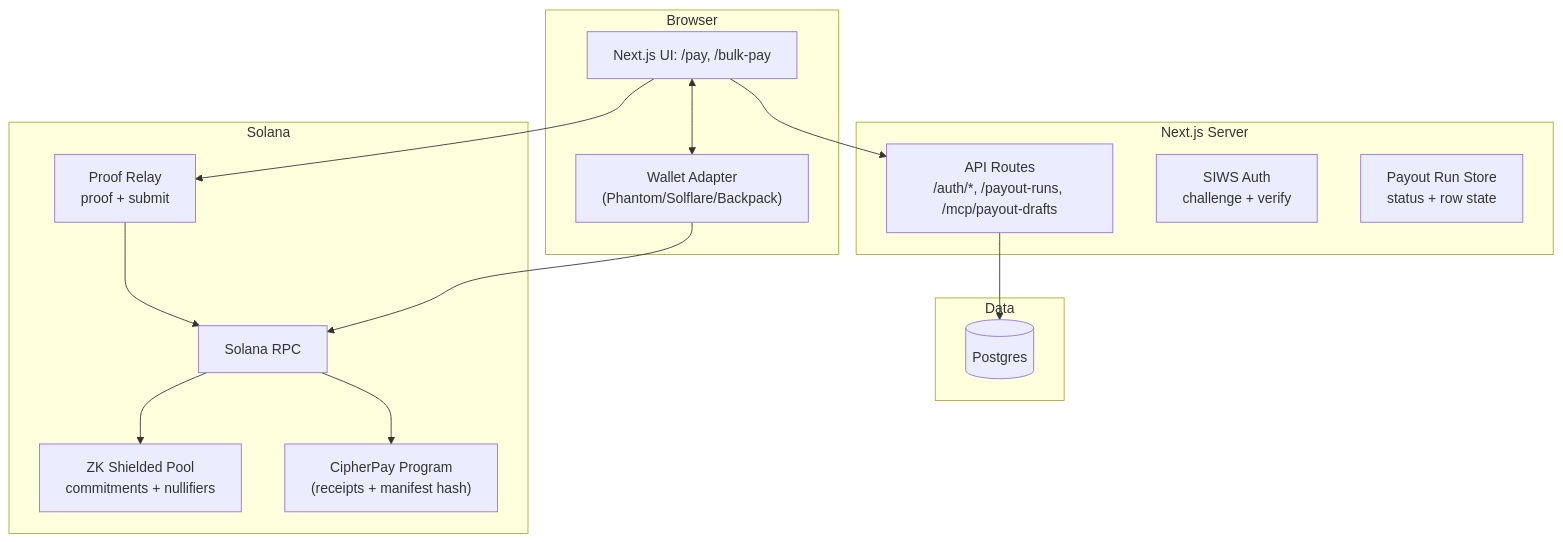
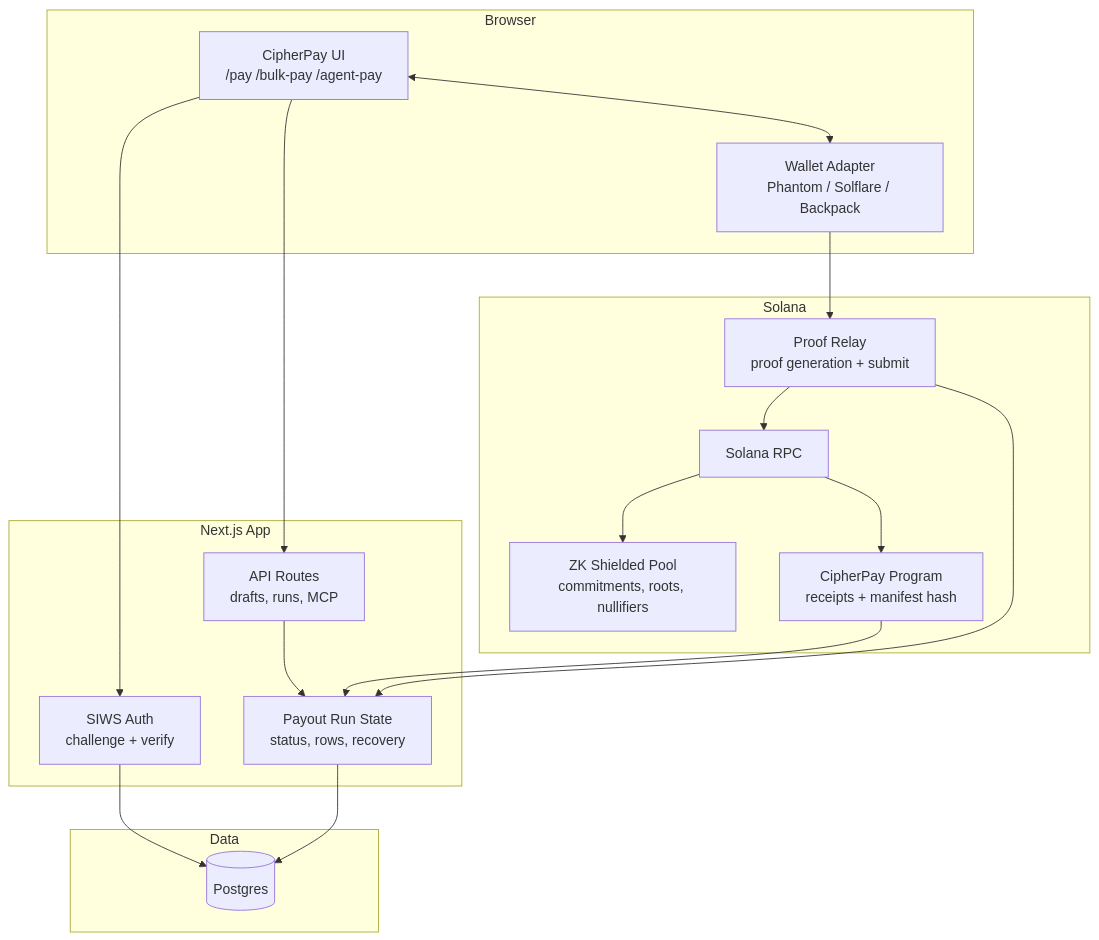
The diagram in README.md (Some1Uknow/cipherpay), drawn with Mermaid before and after one commit. The commit also changed other lines of this file and 2 other files, not shown here.

````diff
--- a/README.md
+++ b/README.md
@@ -27,33 +25,39 @@
 ```mermaid
 flowchart TB
-  subgraph Browser[Browser]
-    UI[Next.js UI: /pay, /bulk-pay]
-    WALLET["Wallet Adapter<br/>(Phantom/Solflare/Backpack)"]
+  subgraph Browser["Browser"]
+    UI["CipherPay UI<br/>/pay /bulk-pay /agent-pay"]
+    WALLET["Wallet Adapter<br/>Phantom / Solflare / Backpack"]
   end
 
-  subgraph App[Next.js Server]
-    API["API Routes<br/>/auth/*, /payout-runs, /mcp/payout-drafts"]
+  subgraph App["Next.js App"]
     AUTH["SIWS Auth<br/>challenge + verify"]
-    RUNS["Payout Run Store<br/>status + row state"]
+    API["API Routes<br/>drafts, runs, MCP"]
+    RUNS["Payout Run State<br/>status, rows, recovery"]
   end
 
-  subgraph Data[Data]
+  subgraph Data["Data"]
     PG[(Postgres)]
   end
 
-  subgraph Solana[Solana]
-    RPC[Solana RPC]
-    POOL["ZK Shielded Pool<br/>commitments + nullifiers"]
-    RELAY["Proof Relay<br/>proof + submit"]
-    CP["CipherPay Program<br/>(receipts + manifest hash)"]
+  subgraph Solana["Solana"]
+    RPC["Solana RPC"]
+    RELAY["Proof Relay<br/>proof generation + submit"]
+    POOL["ZK Shielded Pool<br/>commitments, roots, nullifiers"]
+    CP["CipherPay Program<br/>receipts + manifest hash"]
   end
 
+  UI --> AUTH
+  AUTH --> PG
   UI --> API
-  API --> PG
+  API --> RUNS
+  RUNS --> PG
+
   UI <--> WALLET
-  WALLET --> RPC
-  UI --> RELAY
+  WALLET --> RELAY
   RELAY --> RPC
   RPC --> POOL
   RPC --> CP
+
+  RELAY --> RUNS
+  CP --> RUNS
 ```
````
